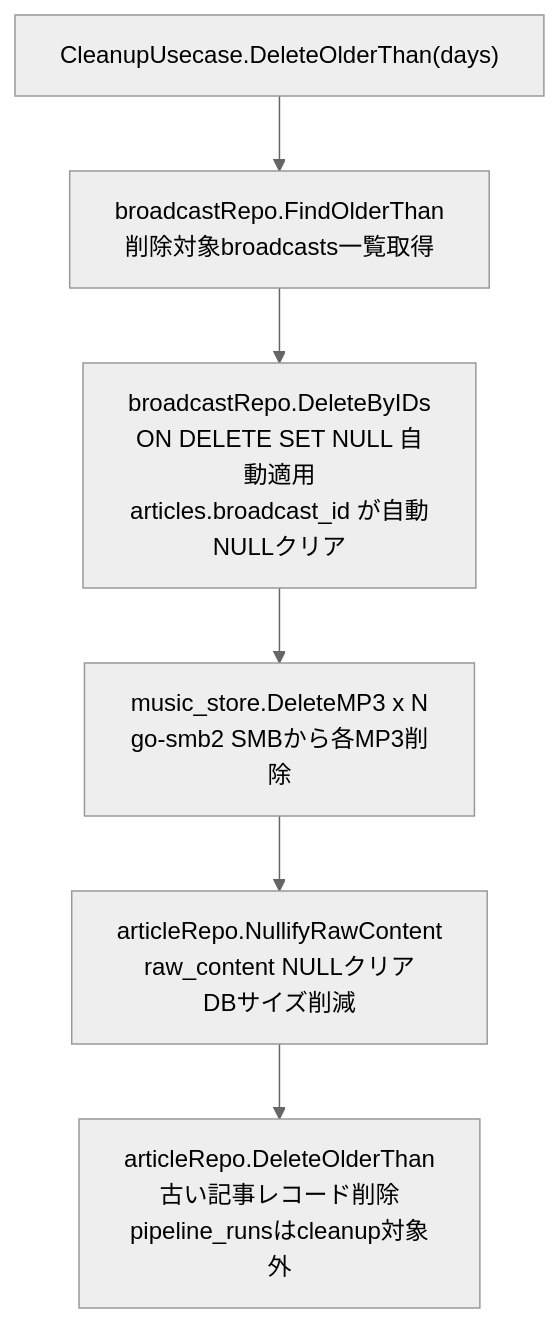
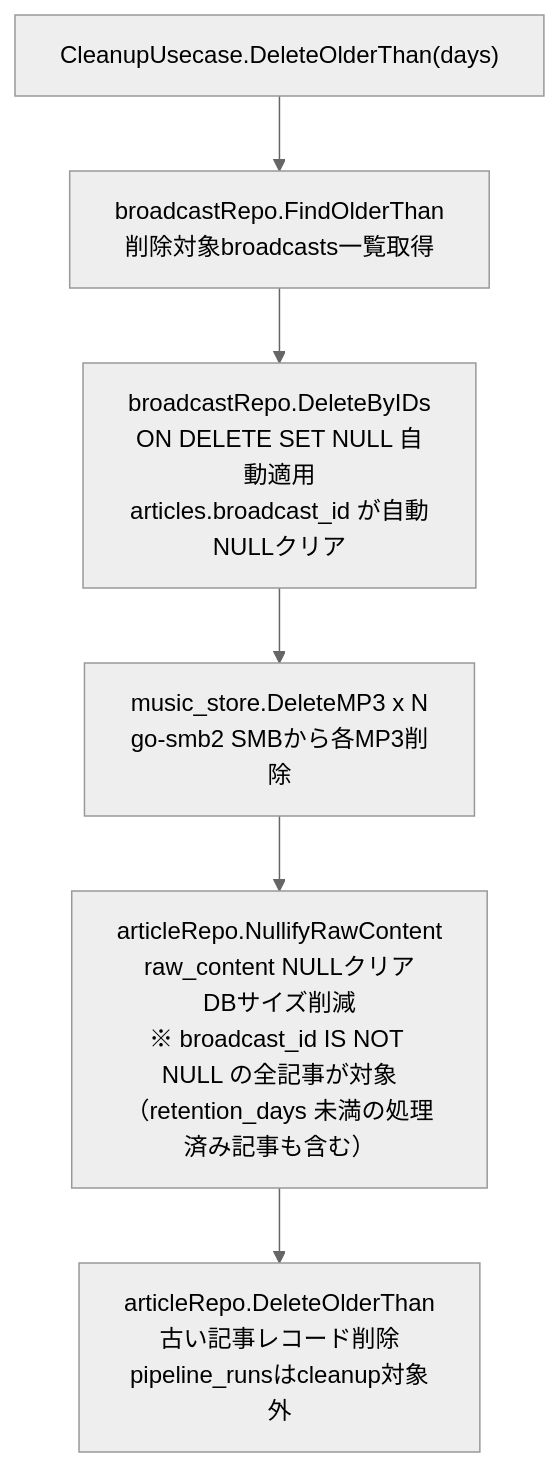
The eighth of 13 diagrams in PLAN.md (svhome01/ai-news), drawn with Mermaid (neutral theme) before and after one commit. The commit also changed other lines of this file, not shown here.

````diff
--- a/PLAN.md
+++ b/PLAN.md
@@ -948,8 +950,8 @@
 ```mermaid
 flowchart TD
     A["CleanupUsecase.DeleteOlderThan(days)"] --> B["broadcastRepo.FindOlderThan<br/>削除対象broadcasts一覧取得"]
     B --> C["broadcastRepo.DeleteByIDs<br/>ON DELETE SET NULL 自動適用<br/>articles.broadcast_id が自動NULLクリア"]
     C --> D["music_store.DeleteMP3 x N<br/>go-smb2 SMBから各MP3削除"]
-    D --> E["articleRepo.NullifyRawContent<br/>raw_content NULLクリア<br/>DBサイズ削減"]
+    D --> E["articleRepo.NullifyRawContent<br/>raw_content NULLクリア<br/>DBサイズ削減<br/>※ broadcast_id IS NOT NULL の全記事が対象<br/>（retention_days 未満の処理済み記事も含む）"]
     E --> F["articleRepo.DeleteOlderThan<br/>古い記事レコード削除<br/>pipeline_runsはcleanup対象外"]
 ```
````
